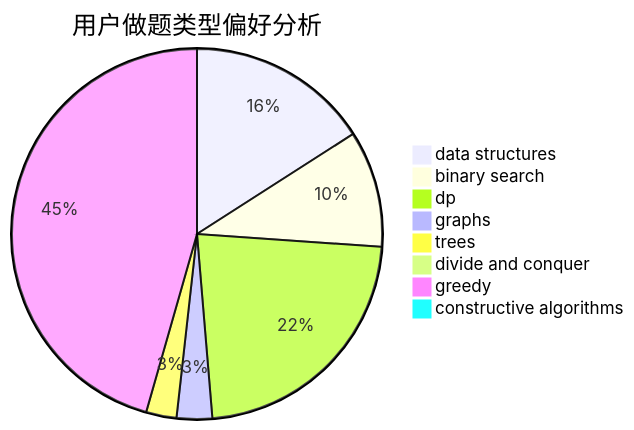
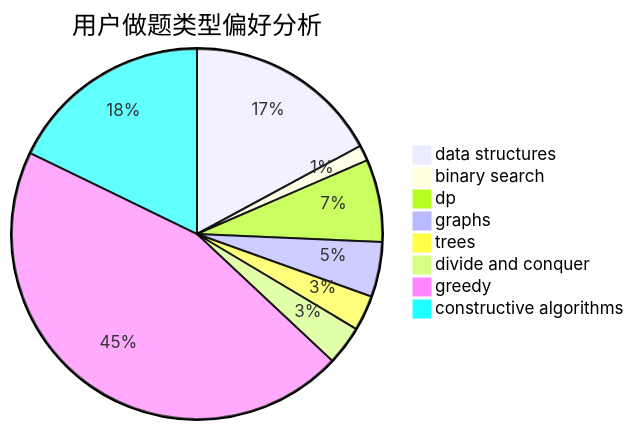
Before and after one commit to sherpahu/cfrs.github.io: the second of 3 diagrams in docs/user/u2768.md, drawn with Mermaid. The commit also changed other lines of this file and 2770 other files, not shown here.

````diff
--- a/docs/user/u2768.md
+++ b/docs/user/u2768.md
@@ -23,11 +23,11 @@
 ```mermaid
 pie title 用户做题类型偏好分析
-    "data structures" :  36
-    "binary search" :  23
-    "dp" :  51
-    "graphs" :  7
-    "trees" :  6
-    "divide and conquer" :  0
-    "greedy" :  103
-    "constructive algorithms" :  2
+    "data structures" :  50
+    "binary search" :  4
+    "dp" :  21
+    "graphs" :  14
+    "trees" :  9
+    "divide and conquer" :  10
+    "greedy" :  132
+    "constructive algorithms" :  52
 ```
````
